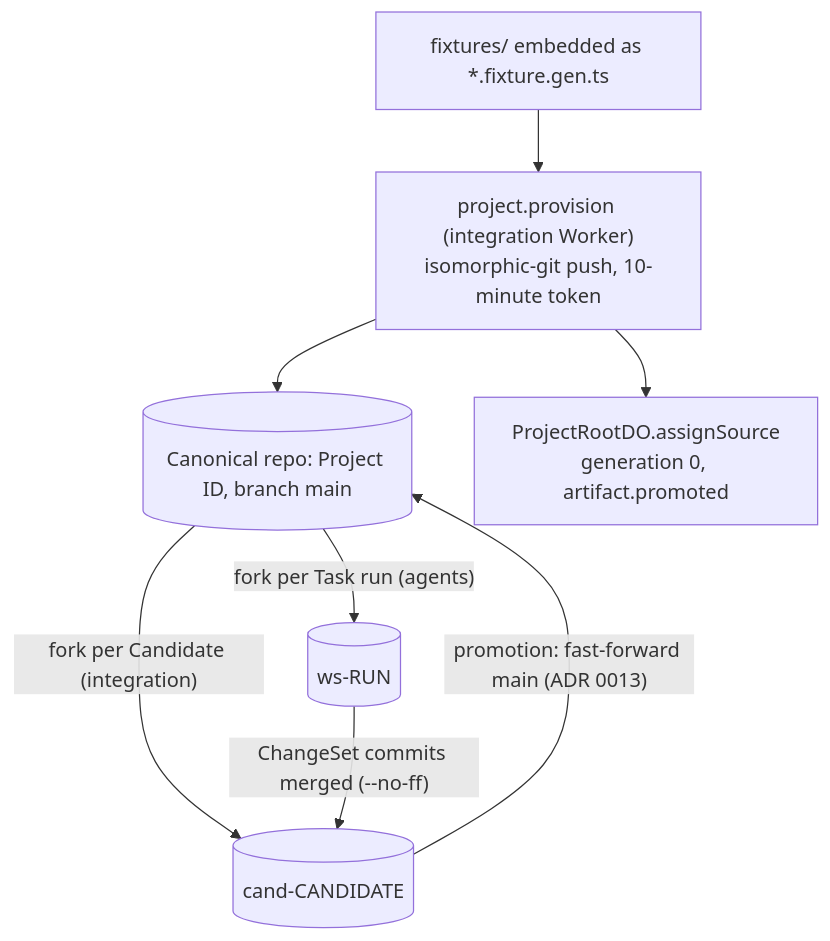
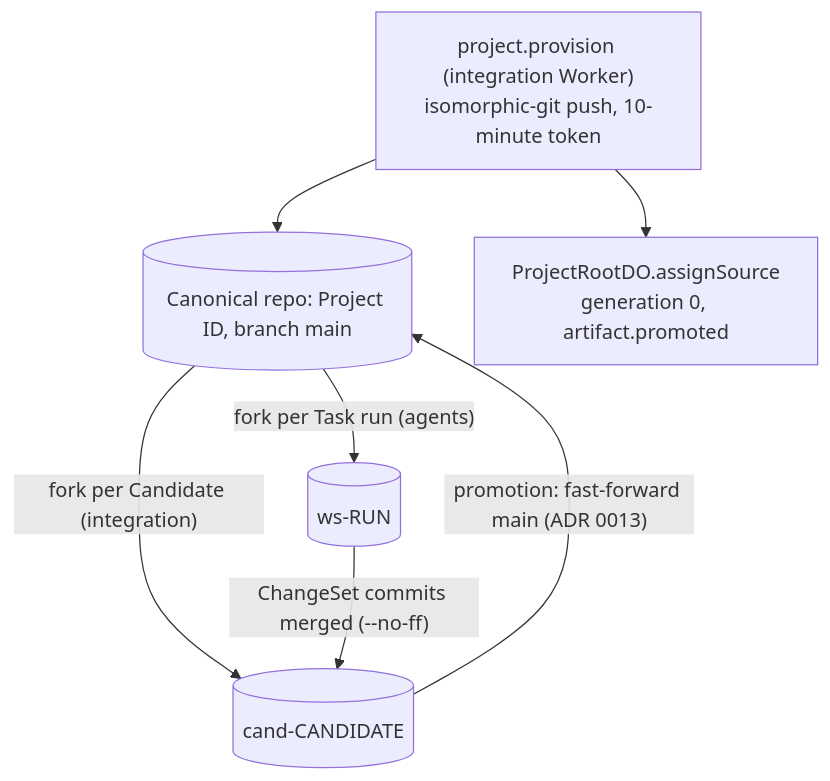
The diagram in docs/adr/0010-artifacts-project-source.md (nsudhanva/rhumbatron), drawn with Mermaid before and after one commit. The commit also changed other lines of this file and 25 other files, not shown here.

````diff
--- a/docs/adr/0010-artifacts-project-source.md
+++ b/docs/adr/0010-artifacts-project-source.md
@@ -40,10 +37,9 @@
 ```mermaid
 flowchart TD
-  fx["fixtures/ embedded as *.fixture.gen.ts"] --> prov["project.provision (integration Worker)<br/>isomorphic-git push, 10-minute token"]
-  prov --> canon[("Canonical repo: Project ID, branch main")]
+  prov["project.provision (integration Worker)<br/>isomorphic-git push, 10-minute token"] --> canon[("Canonical repo: Project ID, branch main")]
   prov --> root["ProjectRootDO.assignSource<br/>generation 0, artifact.promoted"]
   canon -- "fork per Task run (agents)" --> ws[("ws-RUN")]
   canon -- "fork per Candidate (integration)" --> cand[("cand-CANDIDATE")]
   ws -- "ChangeSet commits merged (--no-ff)" --> cand
   cand -- "promotion: fast-forward main (ADR 0013)" --> canon
 ```
````
